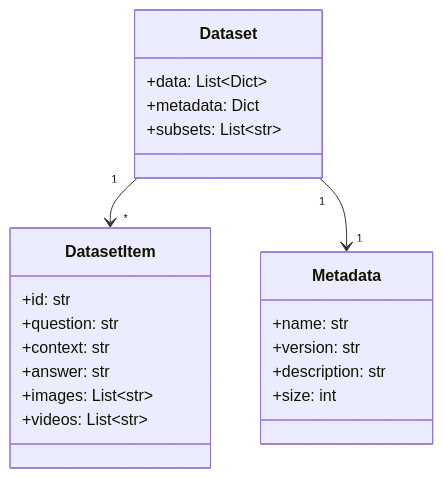
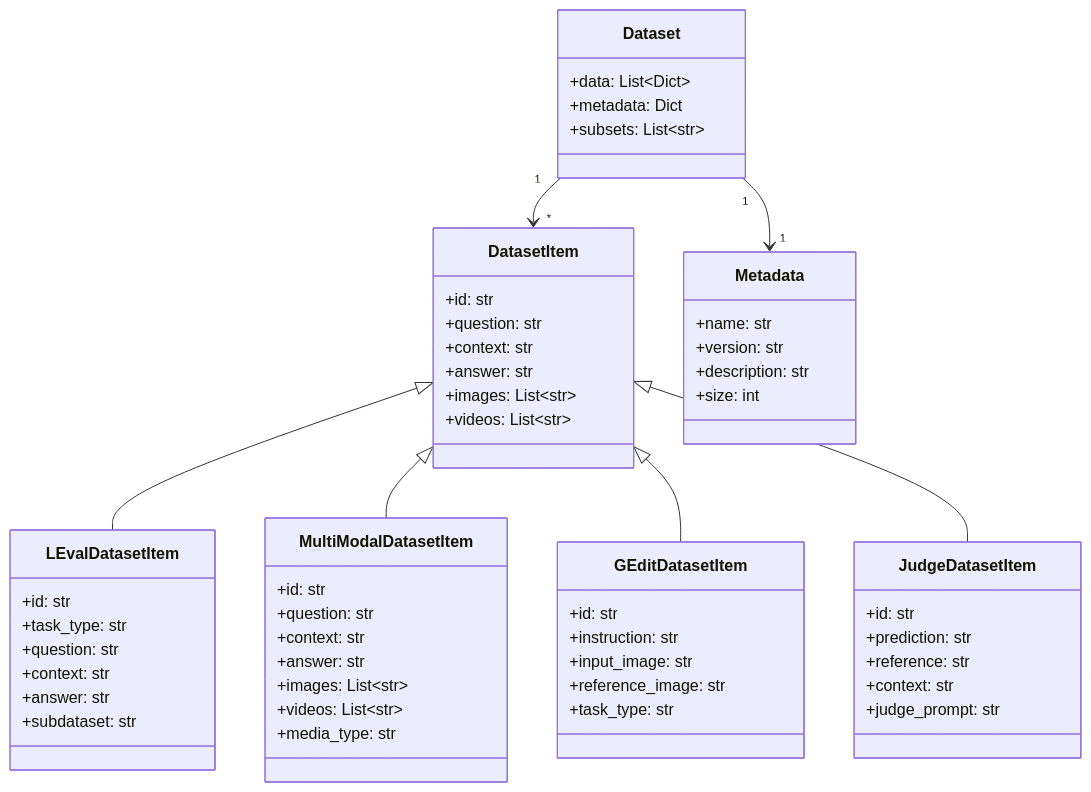
Before and after one commit to AISBench/benchmark: the fourth of 22 diagrams in docs/source_zh_cn/design/AISBench V3.1组件实现设计说明书.md, drawn with Mermaid. The commit also changed other lines of this file, not shown here.

````diff
--- a/docs/source_zh_cn/design/AISBench V3.1组件实现设计说明书.md
+++ b/docs/source_zh_cn/design/AISBench V3.1组件实现设计说明书.md
@@ -687,27 +916,66 @@
 ```mermaid
 classDiagram
     class Dataset {
         +data: List~Dict~
         +metadata: Dict
         +subsets: List~str~
     }
 
     class DatasetItem {
         +id: str
         +question: str
         +context: str
         +answer: str
         +images: List~str~
         +videos: List~str~
     }
 
     class Metadata {
         +name: str
         +version: str
         +description: str
         +size: int
     }
 
+    class LEvalDatasetItem {
+        +id: str
+        +task_type: str
+        +question: str
+        +context: str
+        +answer: str
+        +subdataset: str
+    }
+
+    class MultiModalDatasetItem {
+        +id: str
+        +question: str
+        +context: str
+        +answer: str
+        +images: List~str~
+        +videos: List~str~
+        +media_type: str
+    }
+
+    class GEditDatasetItem {
+        +id: str
+        +instruction: str
+        +input_image: str
+        +reference_image: str
+        +task_type: str
+    }
+
+    class JudgeDatasetItem {
+        +id: str
+        +prediction: str
+        +reference: str
+        +context: str
+        +judge_prompt: str
+    }
+
     Dataset "1" --> "*" DatasetItem
     Dataset "1" --> "1" Metadata
+    DatasetItem <|-- LEvalDatasetItem
+    DatasetItem <|-- MultiModalDatasetItem
+    DatasetItem <|-- GEditDatasetItem
+    DatasetItem <|-- JudgeDatasetItem
 ```
````
